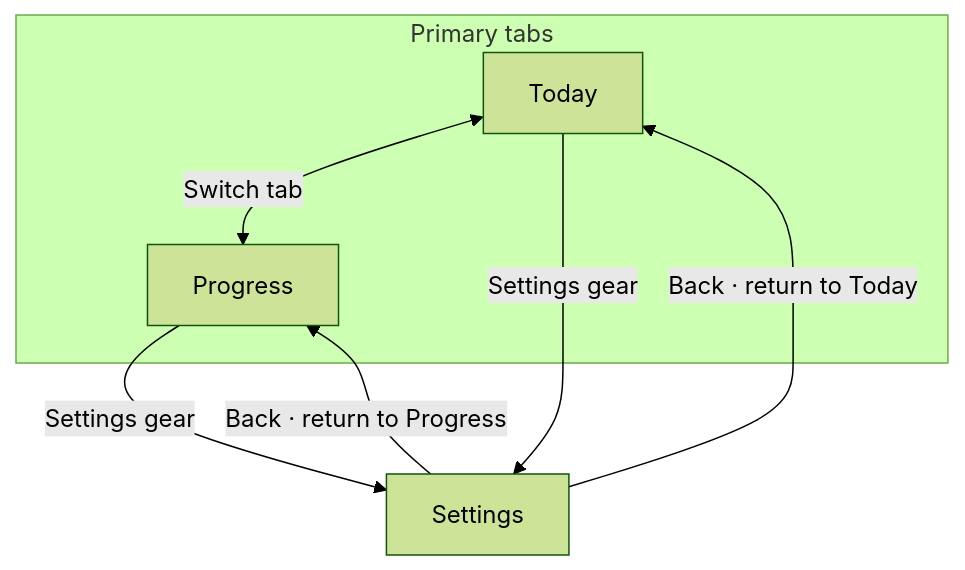
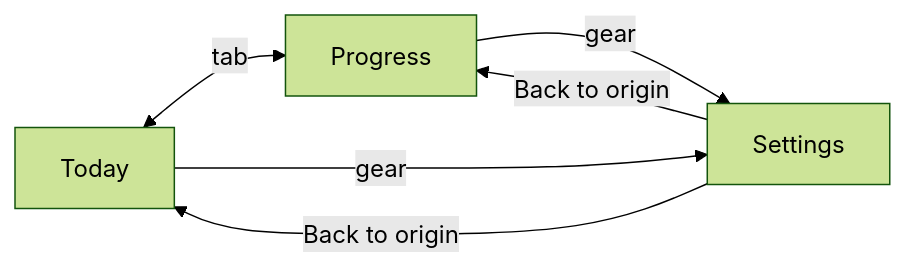
The diagram in docs/phase-01-ux-design.md (DayliTracker/dayli-step-tracker), drawn with Mermaid (forest theme) before and after one commit. The commit also changed other lines of this file, not shown here.

````diff
--- a/docs/phase-01-ux-design.md
+++ b/docs/phase-01-ux-design.md
@@ -31,12 +30,8 @@
 ```mermaid
-flowchart TD
-  subgraph Tabs["Primary tabs"]
-    Today[Today]
-    Progress[Progress]
-  end
-  Today <-->|Switch tab| Progress
-  Today -->|Settings gear| Settings
-  Progress -->|Settings gear| Settings
-  Settings -->|Back · return to Today| Today
-  Settings -->|Back · return to Progress| Progress
+flowchart LR
+Today <-->|tab| Progress
+Today -->|gear| Settings
+Progress -->|gear| Settings
+Settings -->|Back to origin| Today
+Settings -->|Back to origin| Progress
 ```
````
